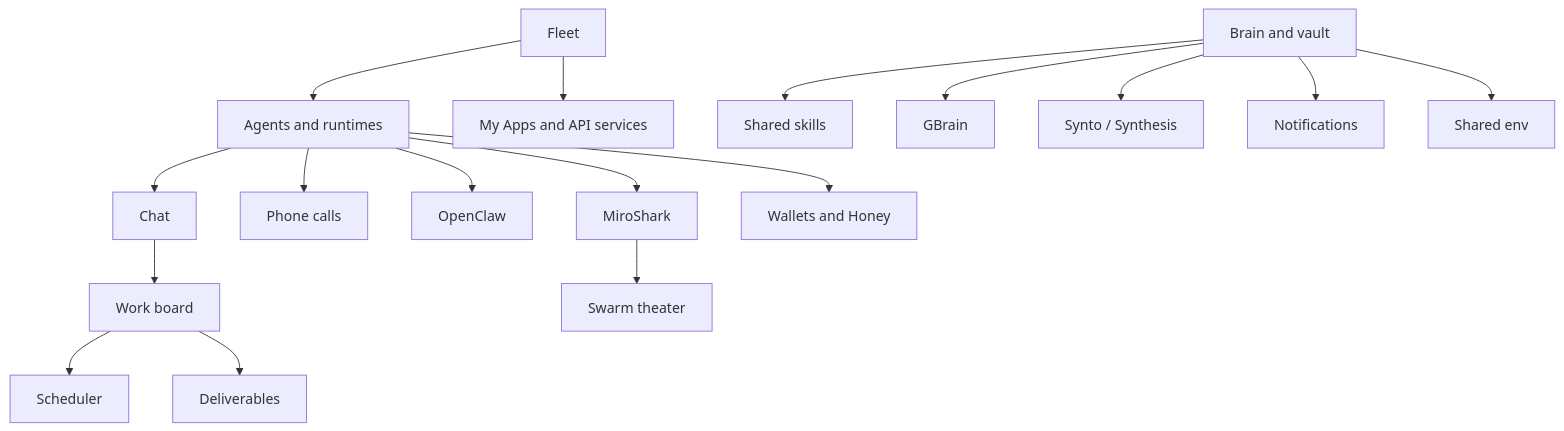
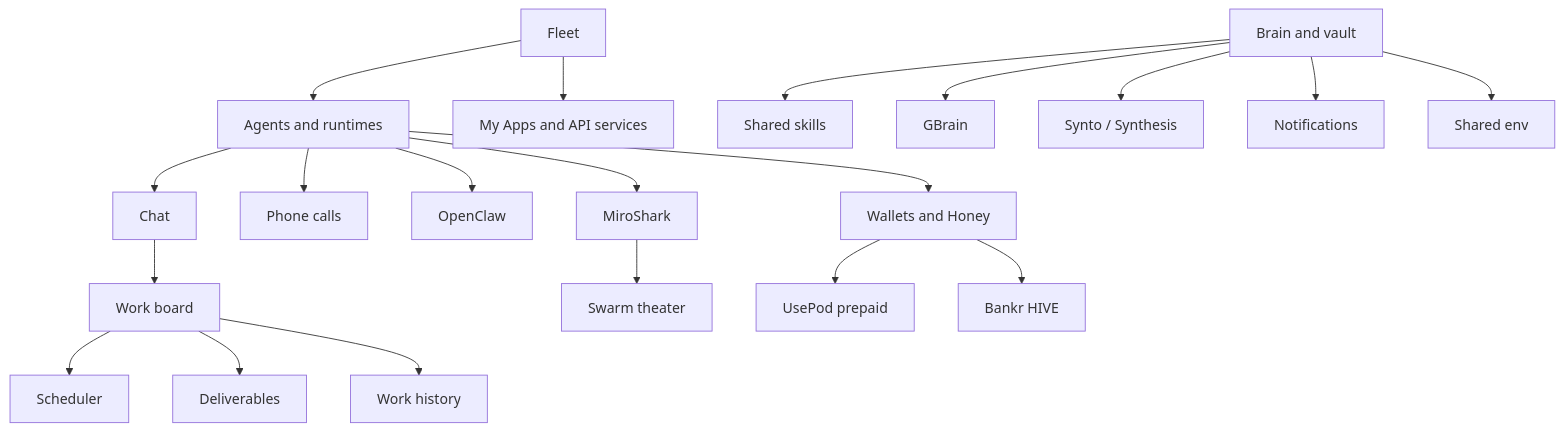
The diagram in docs/features/index.md (LiamVisionary/hivemindos), drawn with Mermaid before and after one commit. The commit also changed other lines of this file and 9 other files, not shown here.

````diff
--- a/docs/features/index.md
+++ b/docs/features/index.md
@@ -30,19 +30,22 @@
 ```mermaid
 flowchart TD
   Fleet["Fleet"] --> Runtimes["Agents and runtimes"]
   Fleet --> Apps["My Apps and API services"]
   Runtimes --> Chat["Chat"]
   Runtimes --> Phone["Phone calls"]
   Chat --> Work["Work board"]
   Work --> Scheduler["Scheduler"]
   Work --> Deliverables["Deliverables"]
+  Work --> History["Work history"]
   Vault["Brain and vault"] --> Skills["Shared skills"]
   Vault --> GBrain["GBrain"]
   Vault --> Synto["Synto / Synthesis"]
   Vault --> Notifications["Notifications"]
   Vault --> Env["Shared env"]
   Runtimes --> OpenClaw["OpenClaw"]
   Runtimes --> MiroShark["MiroShark"]
   MiroShark --> Swarm["Swarm theater"]
   Runtimes --> Wallets["Wallets and Honey"]
+  Wallets --> UsePod["UsePod prepaid"]
+  Wallets --> Bankr["Bankr HIVE"]
 ```
````
